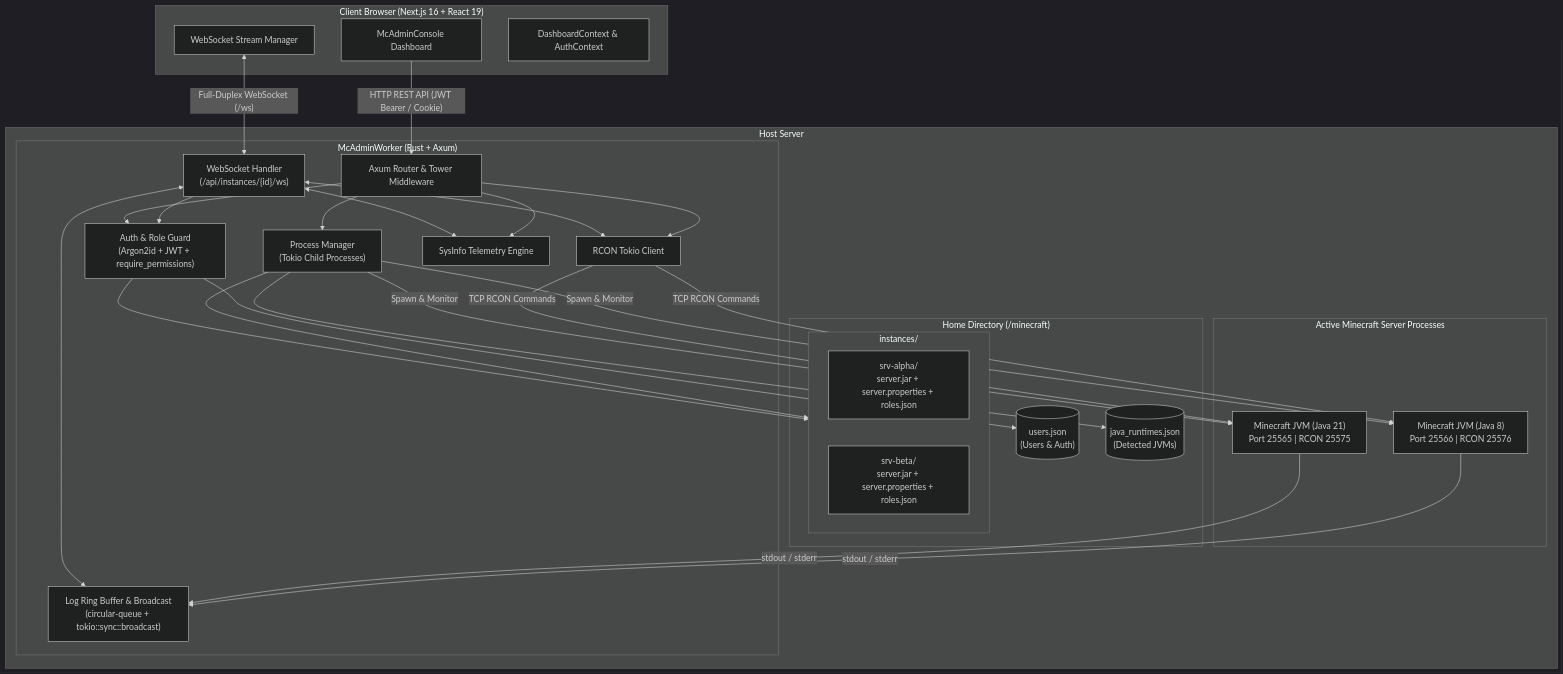
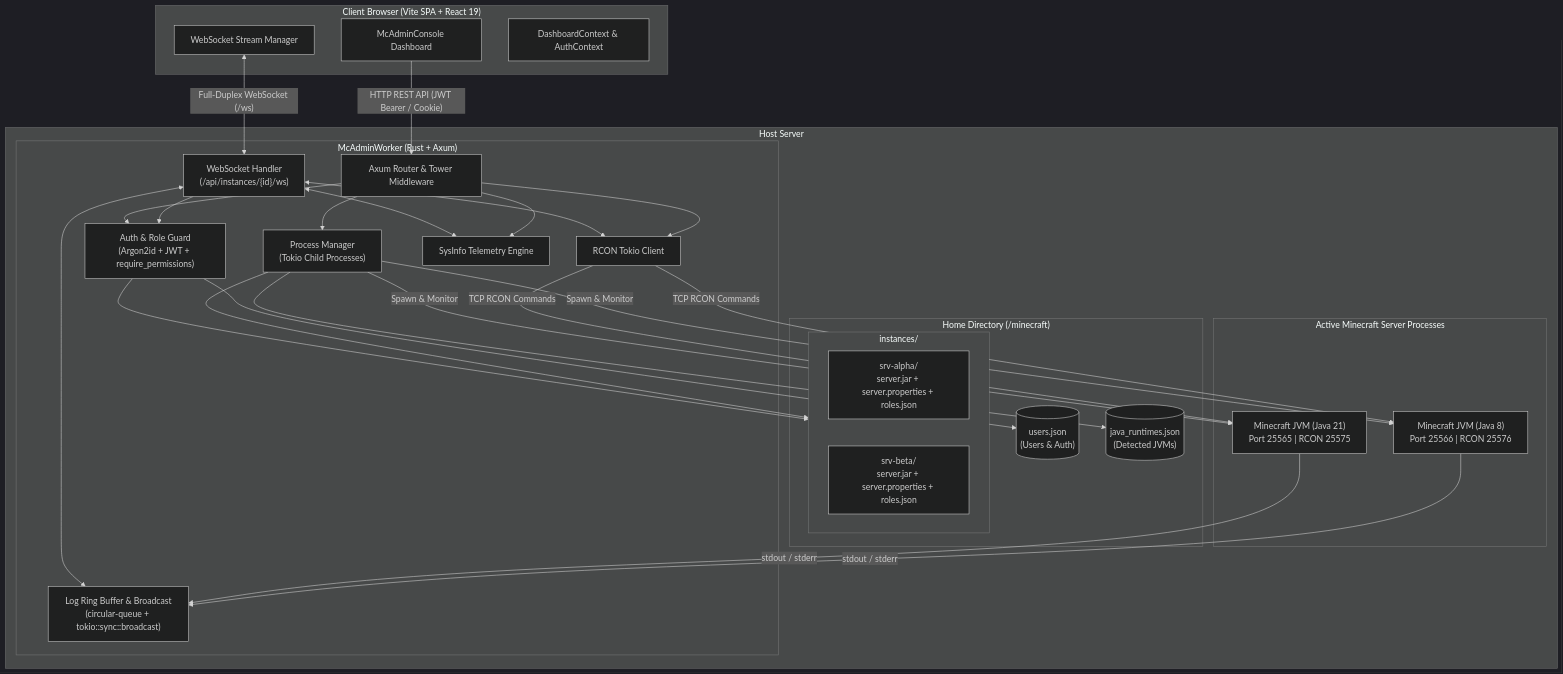
The diagram in README.md (Subhranil-Maity/McAdmin), drawn with Mermaid (dark theme) before and after one commit. The commit also changed other lines of this file and 79 other files, not shown here.

Commit message:
wip(console): Vite + React Router migration in progress

````diff
--- a/README.md
+++ b/README.md
@@ -54,55 +55,55 @@
 ```mermaid
 flowchart TB
-    subgraph Client ["Client Browser (Next.js 16 + React 19)"]
+    subgraph Client ["Client Browser (Vite SPA + React 19)"]
         UI["McAdminConsole Dashboard"]
         WSCli["WebSocket Stream Manager"]
         AuthCtx["DashboardContext & AuthContext"]
     end
 
     subgraph Host ["Host Server"]
         subgraph Daemon ["McAdminWorker (Rust + Axum)"]
             Router["Axum Router & Tower Middleware"]
             AuthGuard["Auth & Role Guard\n(Argon2id + JWT + require_permissions)"]
             WSHandler["WebSocket Handler\n(/api/instances/{id}/ws)"]
             ProcMgr["Process Manager\n(Tokio Child Processes)"]
             LogRing["Log Ring Buffer & Broadcast\n(circular-queue + tokio::sync::broadcast)"]
             RconClient["RCON Tokio Client"]
             SysInfo["SysInfo Telemetry Engine"]
         end
 
         subgraph Storage ["Home Directory (/minecraft)"]
             UsersJSON[("users.json\n(Users & Auth)")]
             JavaJSON[("java_runtimes.json\n(Detected JVMs)")]
             subgraph Instances ["instances/"]
                 SrvA["srv-alpha/\nserver.jar + server.properties + roles.json"]
                 SrvB["srv-beta/\nserver.jar + server.properties + roles.json"]
             end
         end
 
         subgraph JVMs ["Active Minecraft Server Processes"]
             MC1["Minecraft JVM (Java 21)\nPort 25565 | RCON 25575"]
             MC2["Minecraft JVM (Java 8)\nPort 25566 | RCON 25576"]
         end
     end
 
     UI -->|"HTTP REST API (JWT Bearer / Cookie)"| Router
     WSCli <-->|"Full-Duplex WebSocket (/ws)"| WSHandler
     Router --> AuthGuard
     AuthGuard --> UsersJSON
     AuthGuard --> Instances
     WSHandler --> AuthGuard
     WSHandler <--> LogRing
     WSHandler <--> RconClient
     WSHandler <--> SysInfo
     Router --> ProcMgr
     Router --> RconClient
     Router --> SysInfo
     ProcMgr --> JavaJSON
     ProcMgr -->|"Spawn & Monitor"| MC1
     ProcMgr -->|"Spawn & Monitor"| MC2
     MC1 -->|"stdout / stderr"| LogRing
     MC2 -->|"stdout / stderr"| LogRing
     RconClient -->|"TCP RCON Commands"| MC1
     RconClient -->|"TCP RCON Commands"| MC2
     ProcMgr --> Instances
 ```
````
